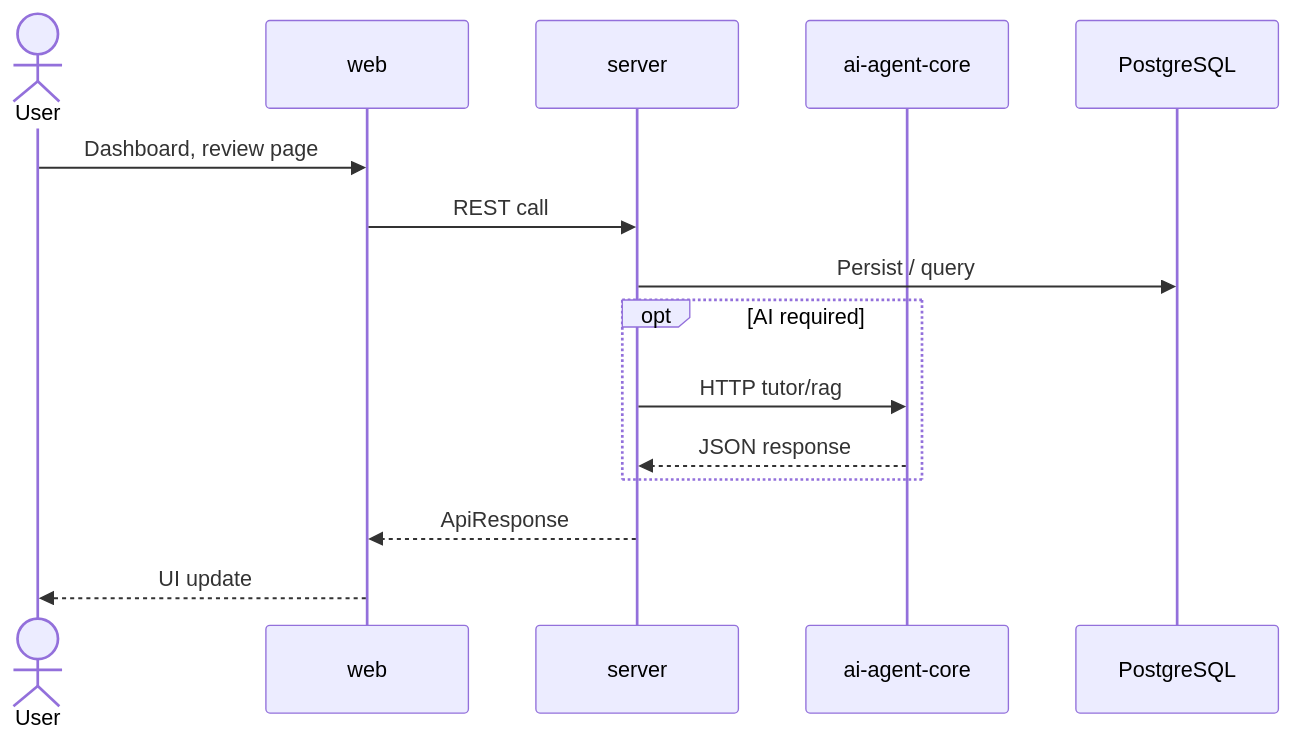
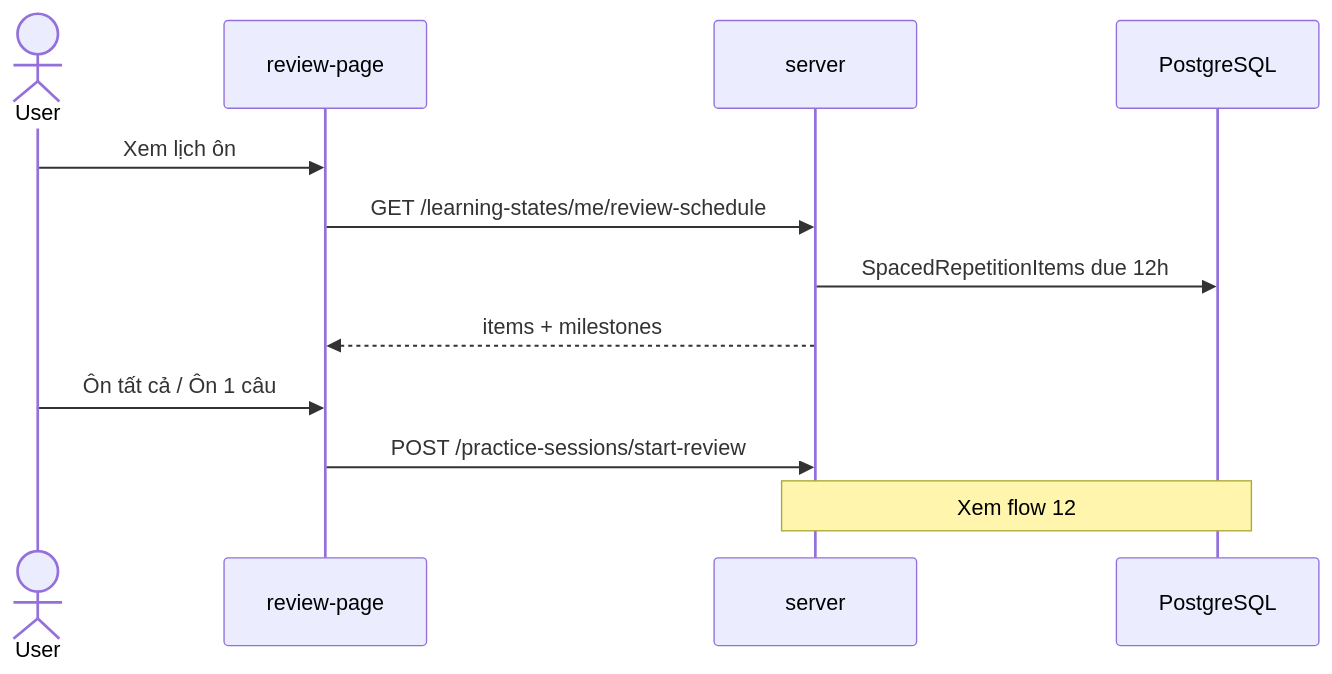
The diagram in docs/04-integration/flows/11-bkt-review-schedule.md (kuniquoc/eduboost), drawn with Mermaid before and after one commit. The commit also changed other lines of this file and 180 other files, not shown here.

````diff
--- a/docs/04-integration/flows/11-bkt-review-schedule.md
+++ b/docs/04-integration/flows/11-bkt-review-schedule.md
@@ -11,17 +11,14 @@
 ```mermaid
 sequenceDiagram
     actor User
-    participant Web as web
+    participant Review as review-page
     participant API as server
-    participant Agent as ai-agent-core
     participant DB as PostgreSQL
-    User->>Web: Dashboard, review page
-    Web->>API: REST call
-    API->>DB: Persist / query
-    opt AI required
-        API->>Agent: HTTP tutor/rag
-        Agent-->>API: JSON response
-    end
-    API-->>Web: ApiResponse
-    Web-->>User: UI update
+    User->>Review: Xem lịch ôn
+    Review->>API: GET /learning-states/me/review-schedule
+    API->>DB: SpacedRepetitionItems due 12h
+    API-->>Review: items + milestones
+    User->>Review: Ôn tất cả / Ôn 1 câu
+    Review->>API: POST /practice-sessions/start-review
+    Note over API,DB: Xem flow 12
 ```
````
